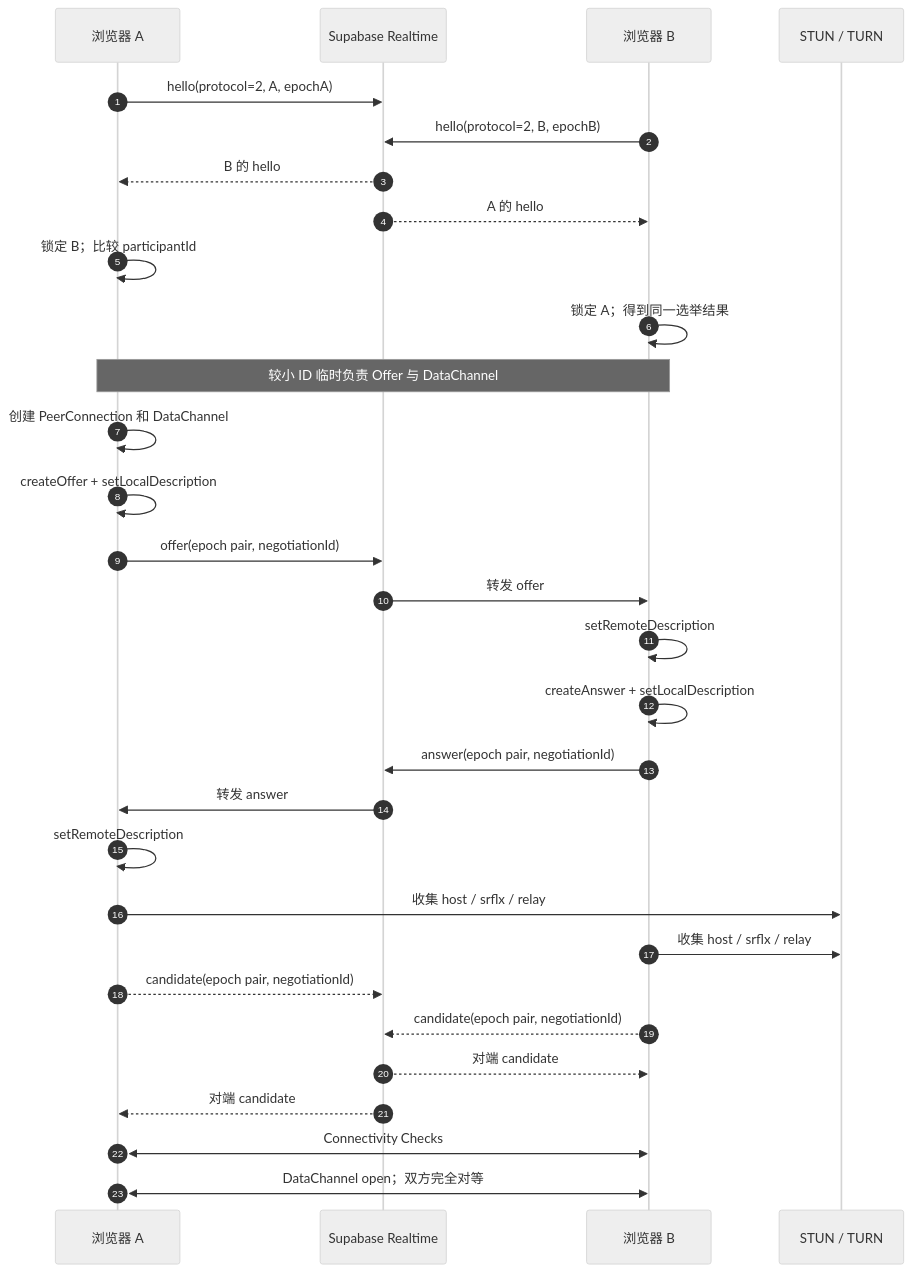
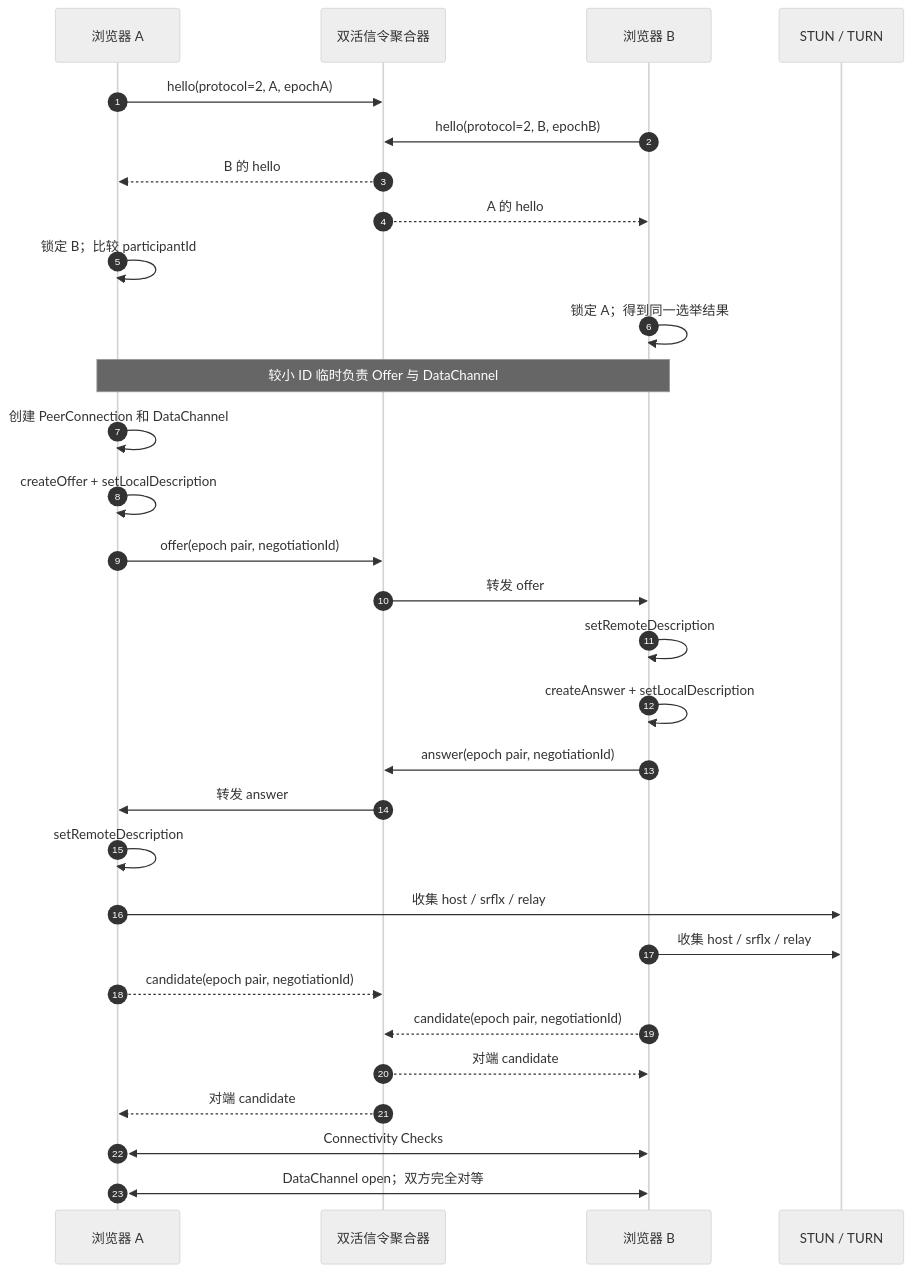
One commit to MarcWebber/p2p-chat changed the second of 7 diagrams in docs/field-guide.md. Above: the diagram before and after it, drawn with Mermaid (neutral theme). The commit also changed other lines of this file and 29 other files, not shown here.

````diff
--- a/docs/field-guide.md
+++ b/docs/field-guide.md
@@ -55,33 +56,33 @@
 ```mermaid
 sequenceDiagram
   autonumber
   participant A as 浏览器 A
-  participant S as Supabase Realtime
+  participant S as 双活信令聚合器
   participant B as 浏览器 B
   participant I as STUN / TURN
 
   A->>S: hello(protocol=2, A, epochA)
   B->>S: hello(protocol=2, B, epochB)
   S-->>A: B 的 hello
   S-->>B: A 的 hello
   A->>A: 锁定 B；比较 participantId
   B->>B: 锁定 A；得到同一选举结果
   Note over A,B: 较小 ID 临时负责 Offer 与 DataChannel
   A->>A: 创建 PeerConnection 和 DataChannel
   A->>A: createOffer + setLocalDescription
   A->>S: offer(epoch pair, negotiationId)
   S->>B: 转发 offer
   B->>B: setRemoteDescription
   B->>B: createAnswer + setLocalDescription
   B->>S: answer(epoch pair, negotiationId)
   S->>A: 转发 answer
   A->>A: setRemoteDescription
   A->>I: 收集 host / srflx / relay
   B->>I: 收集 host / srflx / relay
   A-->>S: candidate(epoch pair, negotiationId)
   B-->>S: candidate(epoch pair, negotiationId)
   S-->>B: 对端 candidate
   S-->>A: 对端 candidate
   A<<->>B: Connectivity Checks
   A<<->>B: DataChannel open；双方完全对等
 ```
````
